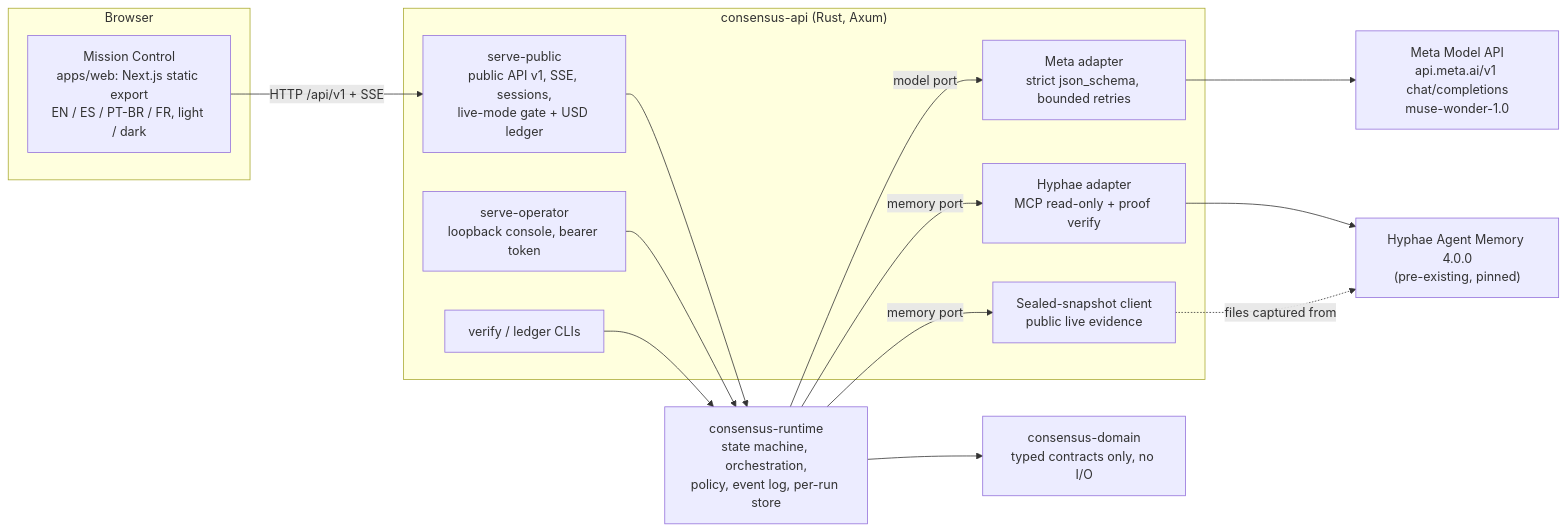
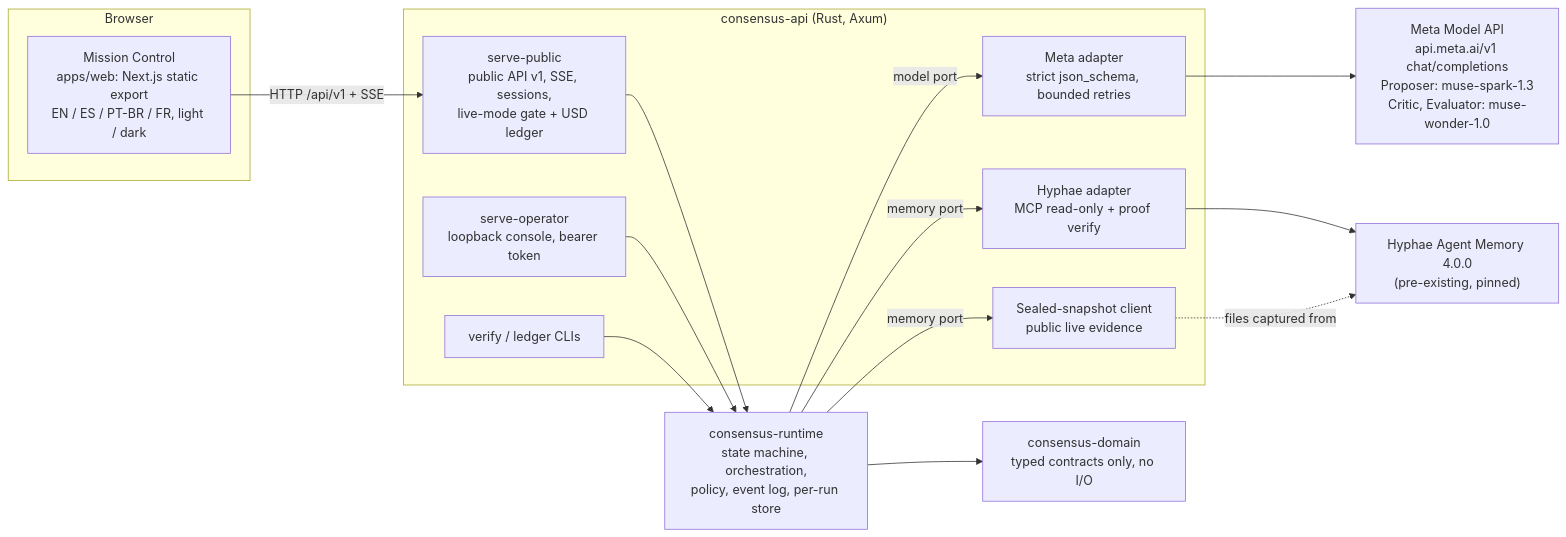
Before and after one commit to terrizoaguimor/hyphae-consensus: the second of 2 diagrams in README.md, drawn with Mermaid. The commit also changed other lines of this file and 19 other files, not shown here.

First line of the commit message:
docs(r10): the copy names each role's model: the Proposer on muse-spark-1.3, the Critic and the Evidence Evaluator on muse-wonder-1.0

````diff
--- a/README.md
+++ b/README.md
@@ -119,29 +124,29 @@
 ```mermaid
 flowchart LR
     subgraph Browser
         WEB["Mission Control<br/>apps/web: Next.js static export<br/>EN / ES / PT-BR / FR, light / dark"]
     end
     subgraph Server["consensus-api (Rust, Axum)"]
         PUB["serve-public<br/>public API v1, SSE, sessions,<br/>live-mode gate + USD ledger"]
         OPS["serve-operator<br/>loopback console, bearer token"]
         META["Meta adapter<br/>strict json_schema, bounded retries"]
         HY["Hyphae adapter<br/>MCP read-only + proof verify"]
         SNAP["Sealed-snapshot client<br/>public live evidence"]
         CLI["verify / ledger CLIs"]
     end
     RT["consensus-runtime<br/>state machine, orchestration,<br/>policy, event log, per-run store"]
     DOM["consensus-domain<br/>typed contracts only, no I/O"]
-    MAPI["Meta Model API<br/>api.meta.ai/v1 chat/completions<br/>muse-wonder-1.0"]
+    MAPI["Meta Model API<br/>api.meta.ai/v1 chat/completions<br/>Proposer: muse-spark-1.3<br/>Critic, Evaluator: muse-wonder-1.0"]
     HYPHAE["Hyphae Agent Memory 4.0.0<br/>(pre-existing, pinned)"]
     WEB -- "HTTP /api/v1 + SSE" --> PUB
     PUB --> RT
     OPS --> RT
     RT --> DOM
     RT -- "model port" --> META
     RT -- "memory port" --> HY
     RT -- "memory port" --> SNAP
     META --> MAPI
     HY --> HYPHAE
     SNAP -.->|files captured from| HYPHAE
     CLI --> RT
 ```
````
